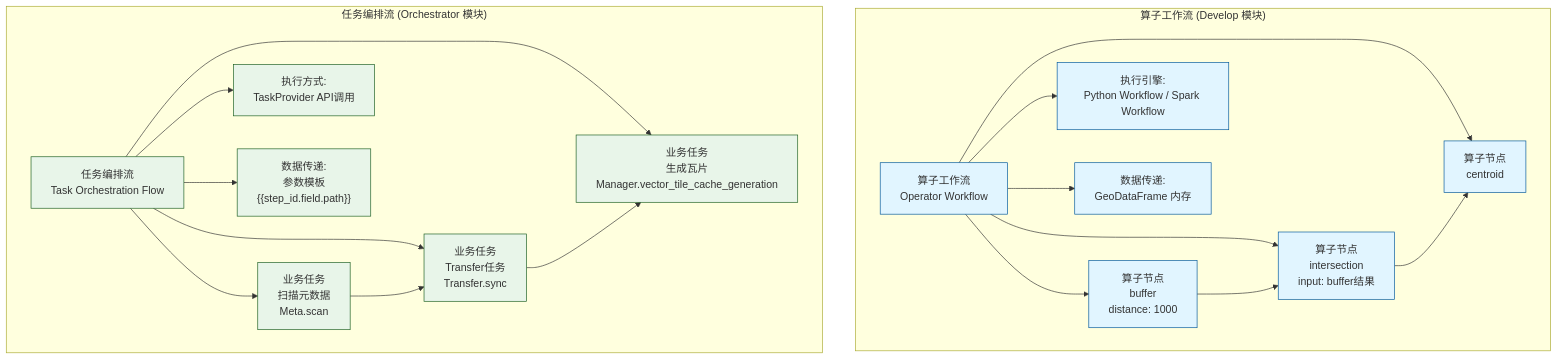
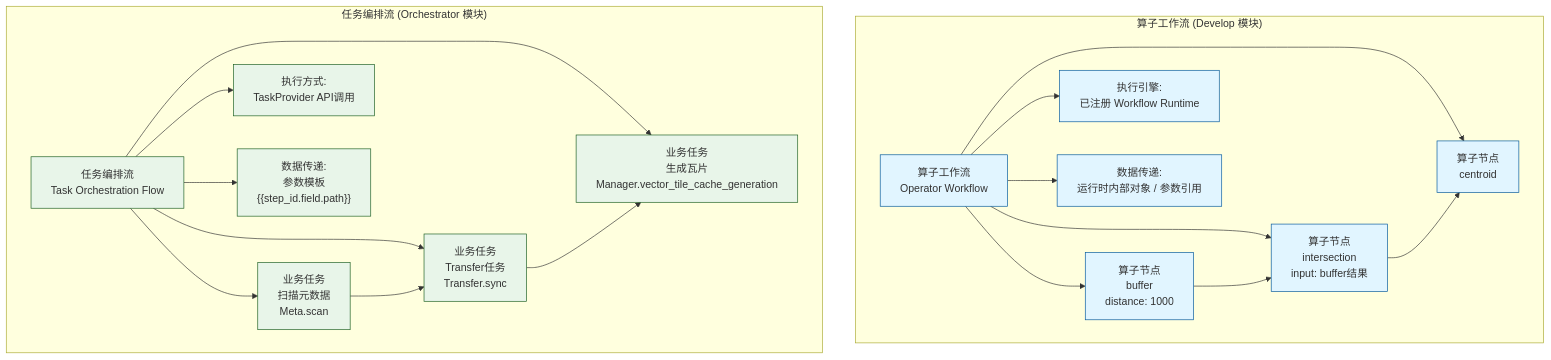
One commit to pampa0629/addp changed the second of 6 diagrams in docs/concepts/addp任务编排体系图.md. Above: the diagram before and after it, drawn with Mermaid. The commit also changed other lines of this file and 175 other files, not shown here.

````diff
--- a/docs/concepts/addp任务编排体系图.md
+++ b/docs/concepts/addp任务编排体系图.md
@@ -134,36 +134,36 @@
 ```mermaid
 graph TB
     subgraph "算子工作流 (Develop 模块)"
         OpWF[算子工作流<br/>Operator Workflow]
 
         OpWF --> OpNode1[算子节点<br/>buffer<br/>distance: 1000]
         OpWF --> OpNode2[算子节点<br/>intersection<br/>input: buffer结果]
         OpWF --> OpNode3[算子节点<br/>centroid]
 
         OpNode1 --> OpNode2
         OpNode2 --> OpNode3
 
-        OpWF --> OpEngine[执行引擎:<br/>Python Workflow / Spark Workflow]
-        OpWF --> OpData[数据传递:<br/>GeoDataFrame 内存]
+        OpWF --> OpEngine[执行引擎:<br/>已注册 Workflow Runtime]
+        OpWF --> OpData[数据传递:<br/>运行时内部对象 / 参数引用]
     end
 
     subgraph "任务编排流 (Orchestrator 模块)"
         TaskWF[任务编排流<br/>Task Orchestration Flow]
 
         TaskWF --> TaskNode1[业务任务<br/>扫描元数据<br/>Meta.scan]
         TaskWF --> TaskNode2[业务任务<br/>Transfer任务<br/>Transfer.sync]
         TaskWF --> TaskNode3[业务任务<br/>生成瓦片<br/>Manager.vector_tile_cache_generation]
 
         TaskNode1 --> TaskNode2
         TaskNode2 --> TaskNode3
 
         TaskWF --> TaskEngine[执行方式:<br/>TaskProvider API调用]
         TaskWF --> TaskData["数据传递:<br/>参数模板<br/>{{step_id.field.path}}"]
     end
 
     classDef operator fill:#e1f5ff,stroke:#01579b
     classDef task fill:#e8f5e9,stroke:#1b5e20
 
     class OpWF,OpNode1,OpNode2,OpNode3,OpEngine,OpData operator
     class TaskWF,TaskNode1,TaskNode2,TaskNode3,TaskEngine,TaskData task
 ```
````
